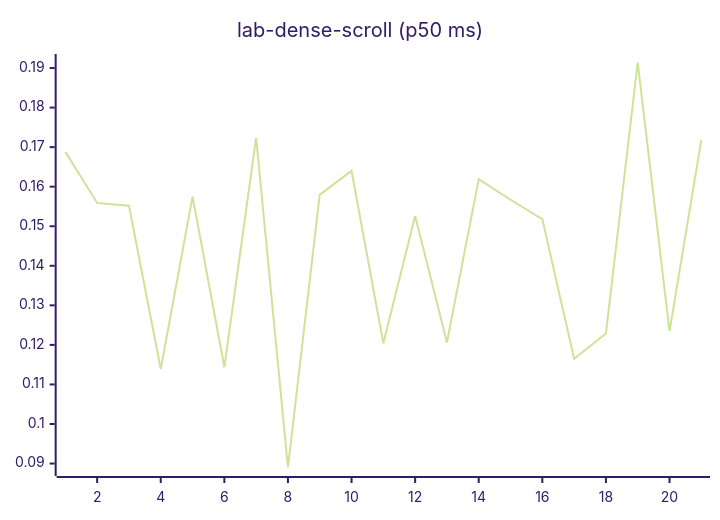
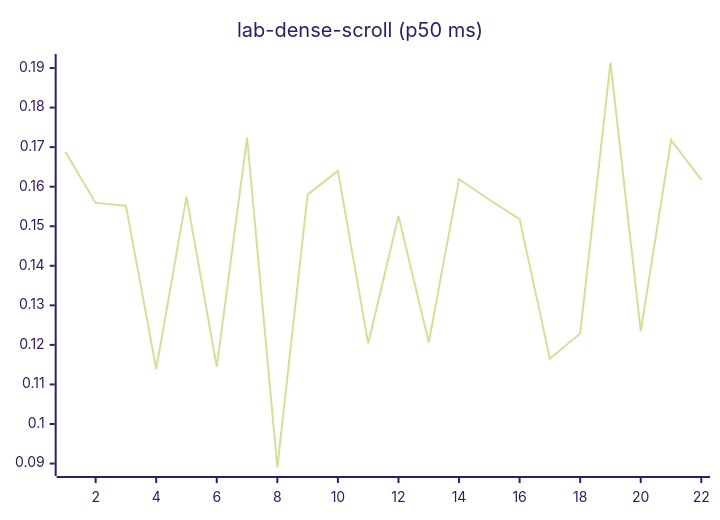
Diagram 12 of 27 in README.md (josha/Facet), drawn with Mermaid (forest theme) before and after one commit. The commit also changed other lines of this file and 2 other files, not shown here.

````diff
--- a/README.md
+++ b/README.md
@@ -140,6 +140,6 @@
 ```mermaid
 xychart-beta
     title "lab-dense-scroll (p50 ms)"
-    x-axis 1 --> 21
-    line [0.1688, 0.1559, 0.1552, 0.1139, 0.1575, 0.1144, 0.1724, 0.0890, 0.1580, 0.1640, 0.1204, 0.1526, 0.1206, 0.1619, 0.1567, 0.1518, 0.1165, 0.1229, 0.1914, 0.1235, 0.1718]
+    x-axis 1 --> 22
+    line [0.1688, 0.1559, 0.1552, 0.1139, 0.1575, 0.1144, 0.1724, 0.0890, 0.1580, 0.1640, 0.1204, 0.1526, 0.1206, 0.1619, 0.1567, 0.1518, 0.1165, 0.1229, 0.1914, 0.1235, 0.1718, 0.1617]
 ```
````
